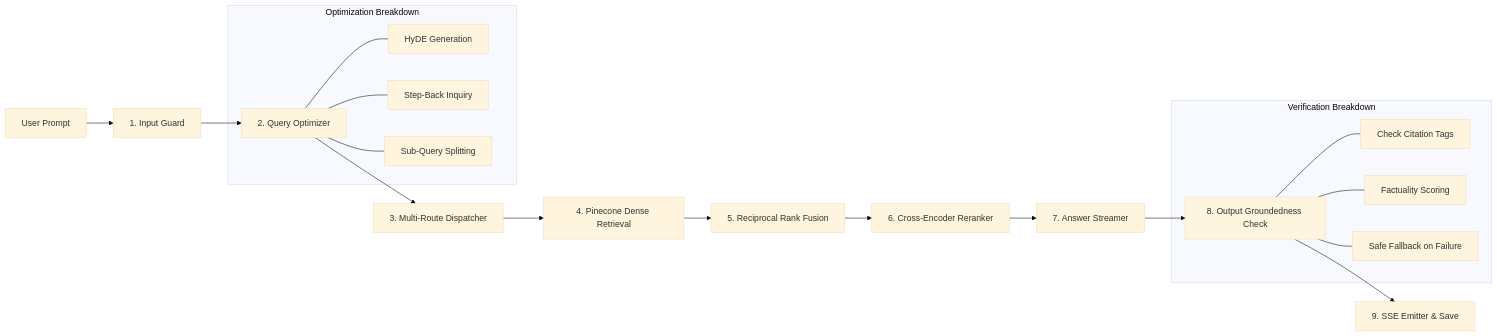
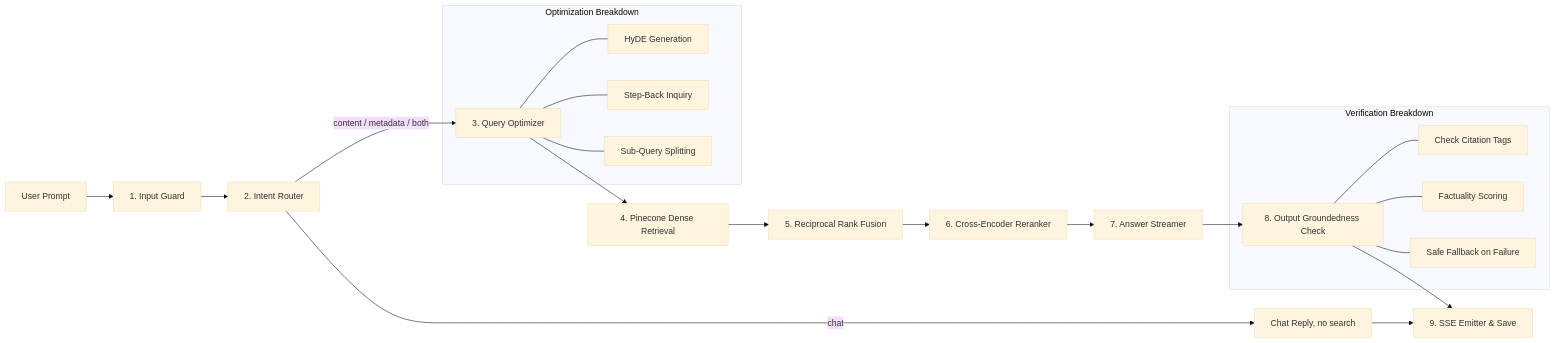
Before and after one commit to Kunalmadoliya/pitch-deck: the third of 5 diagrams in README.md, drawn with Mermaid (base theme). The commit also changed other lines of this file and 1 other file, not shown here.

First line of the commit message:
docs: document AI Pitch Deck and the chat route in README

````diff
--- a/README.md
+++ b/README.md
@@ -394,24 +466,26 @@
 ```mermaid
 flowchart LR
     Q[User Prompt] --> S1[1. Input Guard]
-    S1 --> S2[2. Query Optimizer]
-    S2 --> S3[3. Multi-Route Dispatcher]
+    S1 --> S2[2. Intent Router]
+    S2 -->|chat| C[Chat Reply, no search]
+    C --> S9
+    S2 -->|content / metadata / both| S3[3. Query Optimizer]
     S3 --> S4[4. Pinecone Dense Retrieval]
     S4 --> S5[5. Reciprocal Rank Fusion]
     S5 --> S6[6. Cross-Encoder Reranker]
     S6 --> S7[7. Answer Streamer]
     S7 --> S8[8. Output Groundedness Check]
     S8 --> S9[9. SSE Emitter & Save]
 
     subgraph OptimizerStage["Optimization Breakdown"]
-        S2 --- O1[HyDE Generation]
-        S2 --- O2[Step-Back Inquiry]
-        S2 --- O3[Sub-Query Splitting]
+        S3 --- O1[HyDE Generation]
+        S3 --- O2[Step-Back Inquiry]
+        S3 --- O3[Sub-Query Splitting]
     end
 
     subgraph GuardrailStage["Verification Breakdown"]
         S8 --- G1[Check Citation Tags]
         S8 --- G2[Factuality Scoring]
         S8 --- G3[Safe Fallback on Failure]
     end
 ```
````
